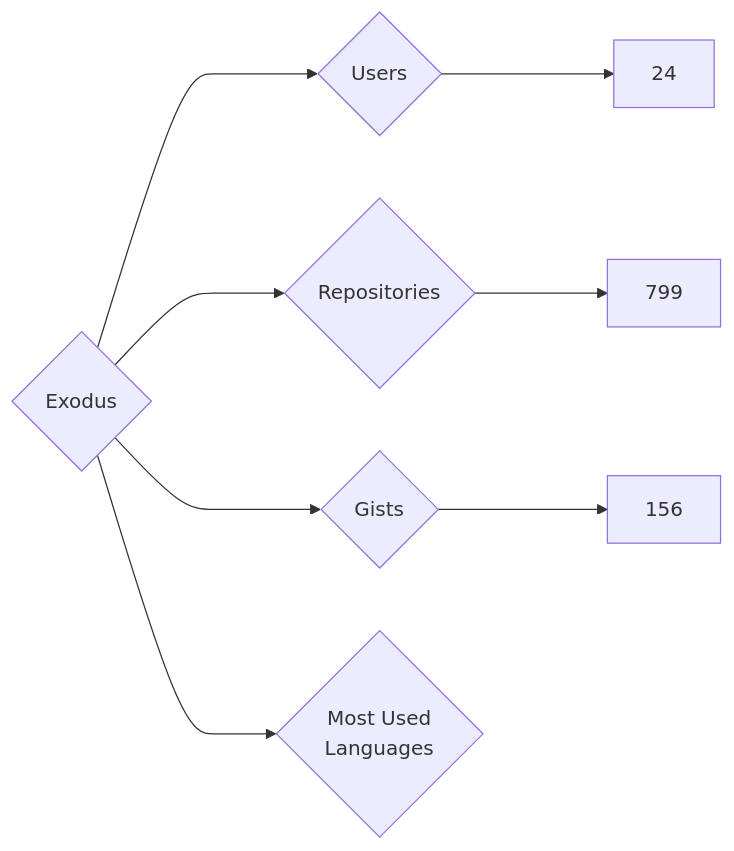
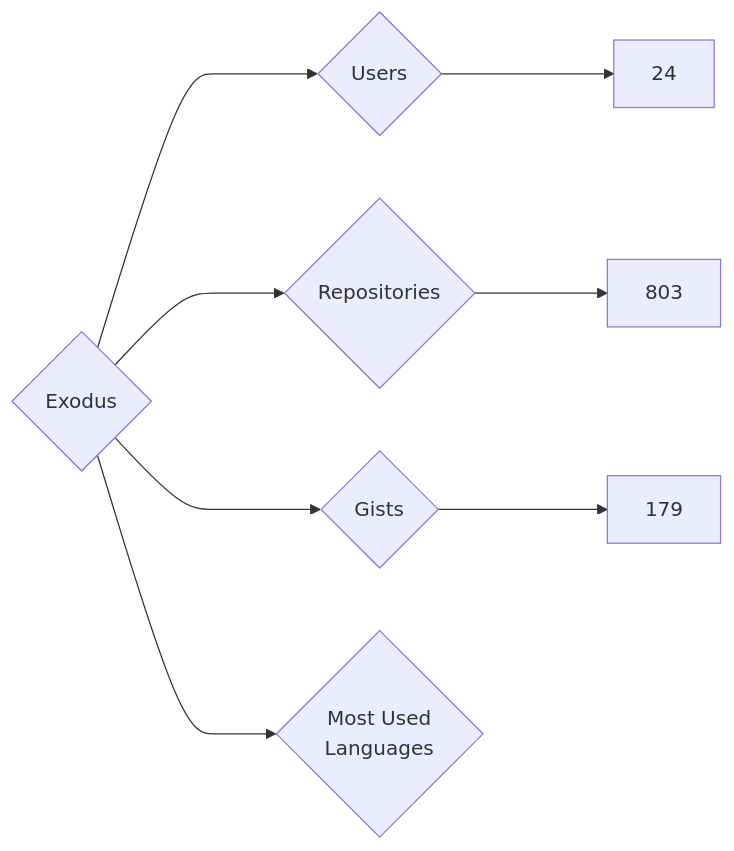
Before and after one commit to nenadzaric/insiders: the diagram in targets/Exodus/README.md, drawn with Mermaid. The commit also changed 1342 other files, not shown here.

````diff
--- a/targets/Exodus/README.md
+++ b/targets/Exodus/README.md
@@ -3,8 +3,8 @@
 ```mermaid
 graph LR
 COMPANY_NAME{Exodus}
 COMPANY_NAME ---> U{Users} ---> UN[24]
-COMPANY_NAME ---> R{Repositories} ---> RN[799]
-COMPANY_NAME ---> G{Gists} ---> GN[156]
+COMPANY_NAME ---> R{Repositories} ---> RN[803]
+COMPANY_NAME ---> G{Gists} ---> GN[179]
 COMPANY_NAME ---> ML{Most Used<br>Languages}
 ```
````
